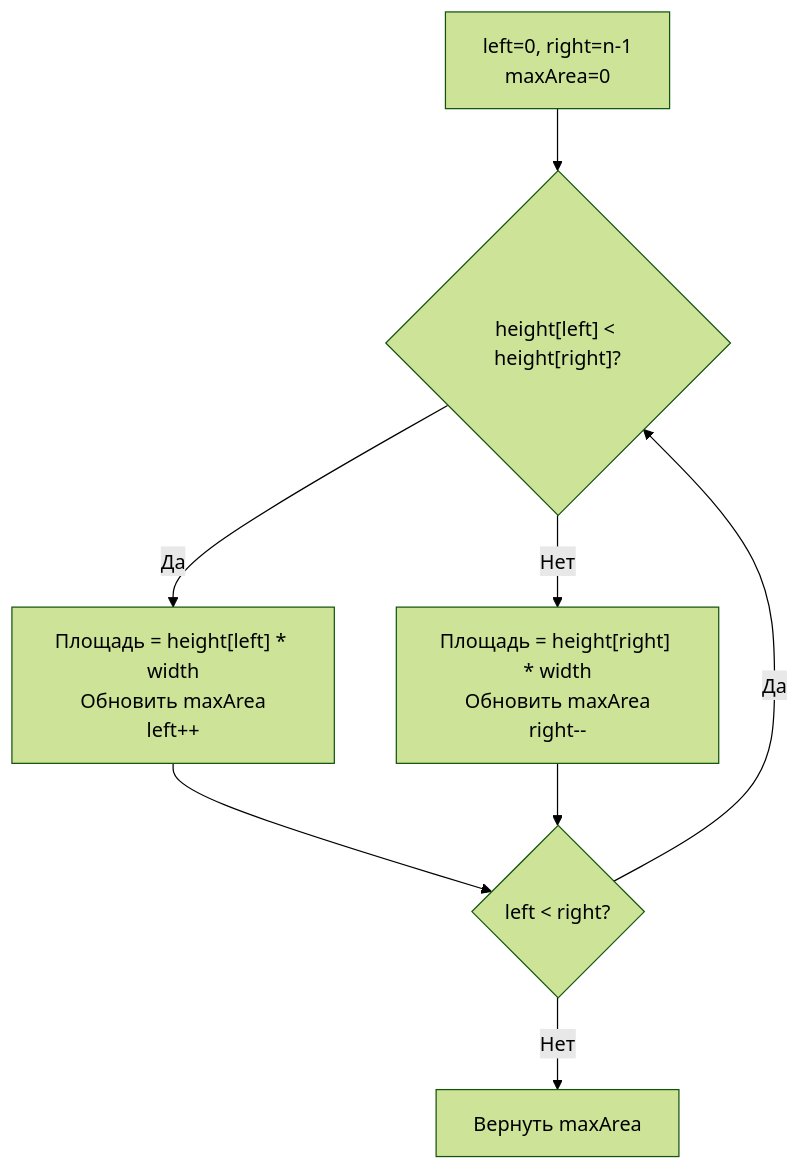
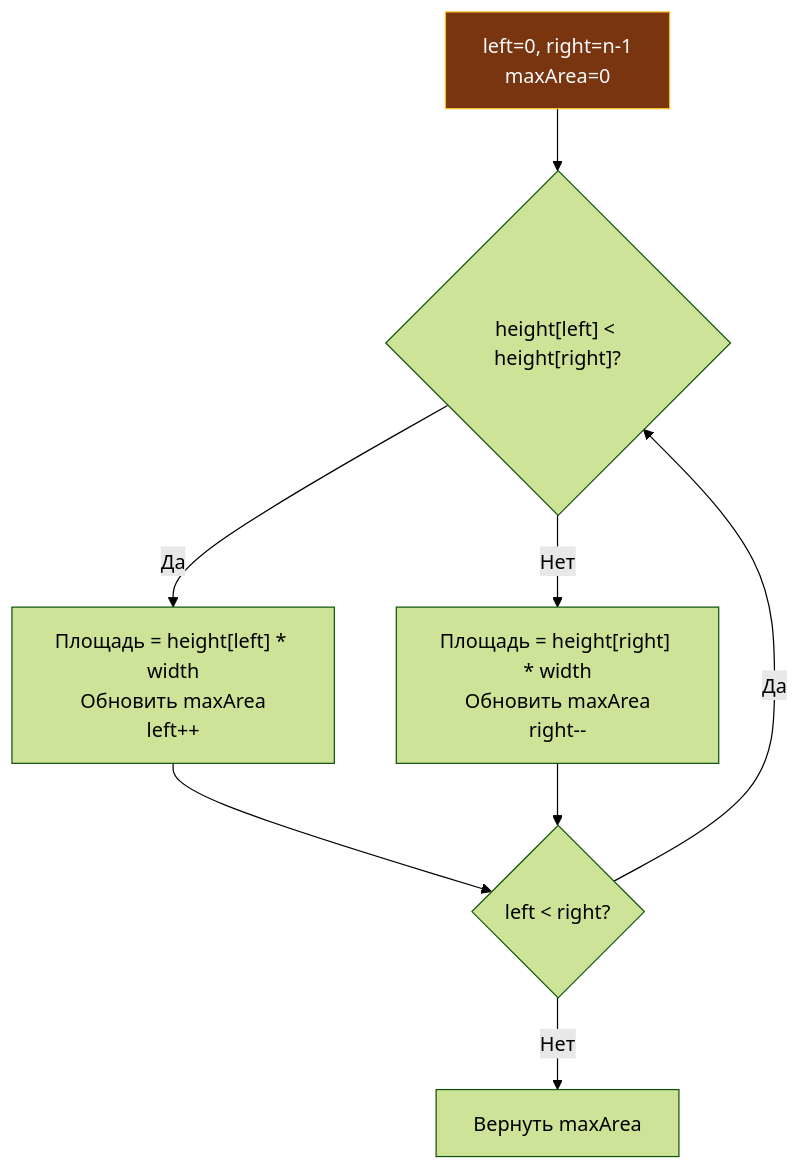
Before and after one commit to UnrealTemplier/go-textbook: the diagram in sources/21. Задачи с LeetCode и собеседований на Go/02. Задачи/01. Массивы и строки/7. Container With Most Water.md, drawn with Mermaid (forest theme). The commit also changed 1666 other files, not shown here.

First line of the commit message:
feat(mermaid): add semantic color classDef to 1369 colorless flowchart/graph diagrams

````diff
--- a/sources/21. Задачи с LeetCode и собеседований на Go/02. Задачи/01. Массивы и строки/7. Container With Most Water.md
+++ b/sources/21. Задачи с LeetCode и собеседований на Go/02. Задачи/01. Массивы и строки/7. Container With Most Water.md
@@ -91,10 +91,20 @@
 ```mermaid
 flowchart TD
-    A["left=0, right=n-1<br>maxArea=0"] --> B{"height[left] < height[right]?"}
+    classDef process  fill:#1e293b,stroke:#38bdf8,stroke-width:1px,color:#f8fafc
+    classDef success  fill:#064e3b,stroke:#34d399,stroke-width:1px,color:#f8fafc
+    classDef error    fill:#7f1d1d,stroke:#f87171,stroke-width:1px,color:#f8fafc
+    classDef warning  fill:#78350f,stroke:#fbbf24,stroke-width:1px,color:#f8fafc
+    classDef entry    fill:#1e3a5f,stroke:#38bdf8,stroke-width:2px,color:#f8fafc
+    classDef aux      fill:#334155,stroke:#64748b,stroke-width:1px,color:#f8fafc
+    classDef system   fill:#312e81,stroke:#a78bfa,stroke-width:1px,color:#f8fafc
+    classDef data     fill:#132d29,stroke:#2dd4bf,stroke-width:1px,color:#f8fafc
+    classDef network  fill:#881337,stroke:#fb7185,stroke-width:1px,color:#f8fafc
+    classDef accent   fill:#1e1b4b,stroke:#818cf8,stroke-width:1px,color:#f8fafc
+    A["left=0, right=n-1<br>maxArea=0"]:::warning --> B{"height[left] < height[right]?"}
     B -->|"Да"| C["Площадь = height[left] * width<br>Обновить maxArea<br>left++"]
     B -->|"Нет"| D["Площадь = height[right] * width<br>Обновить maxArea<br>right--"]
     C --> E{"left < right?"}
     D --> E
     E -->|"Да"| B
     E -->|"Нет"| F["Вернуть maxArea"]
 ```
````
